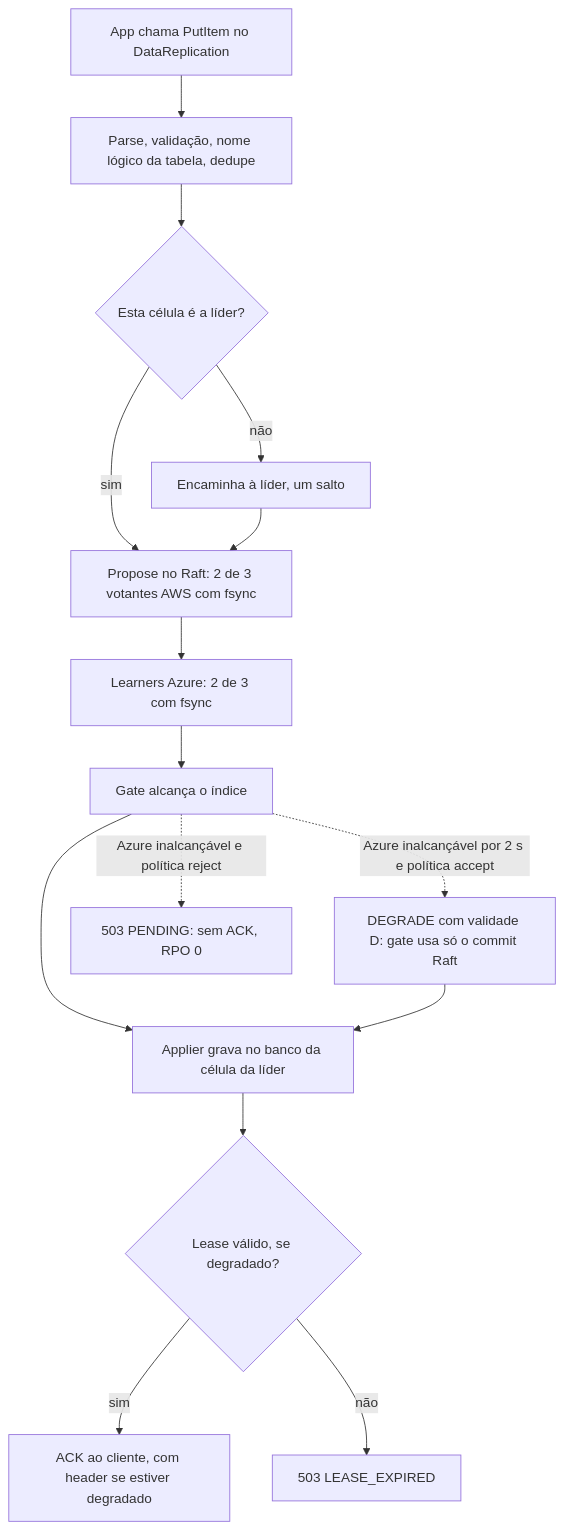
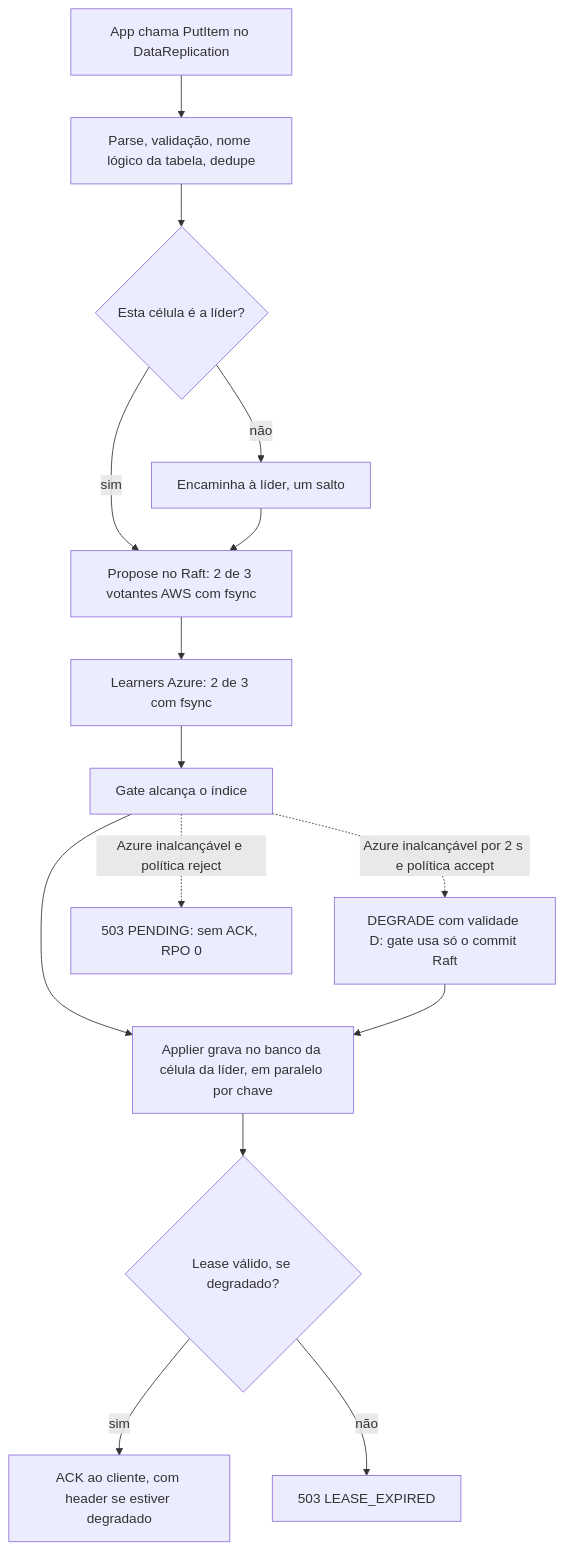
Before and after one commit to brbarmex/k: the second of 3 diagrams in doc/DataReplication_Versao_1.md, drawn with Mermaid. The commit also changed other lines of this file and 124 other files, not shown here.

````diff
--- a/doc/DataReplication_Versao_1.md
+++ b/doc/DataReplication_Versao_1.md
@@ -258,17 +260,17 @@
 ```mermaid
 flowchart TD
     A["App chama PutItem no DataReplication"] --> B["Parse, validação, nome lógico da tabela, dedupe"]
     B --> C{"Esta célula é a líder?"}
     C -->|"não"| D["Encaminha à líder, um salto"]
     C -->|"sim"| E["Propose no Raft: 2 de 3 votantes AWS com fsync"]
     D --> E
     E --> F["Learners Azure: 2 de 3 com fsync"]
     F --> G["Gate alcança o índice"]
-    G --> H["Applier grava no banco da célula da líder"]
+    G --> H["Applier grava no banco da célula da líder, em paralelo por chave"]
     H --> L{"Lease válido, se degradado?"}
     L -->|"sim"| I["ACK ao cliente, com header se estiver degradado"]
     L -->|"não"| M["503 LEASE_EXPIRED"]
     G -.->|"Azure inalcançável por 2 s e política accept"| J["DEGRADE com validade D: gate usa só o commit Raft"]
     G -.->|"Azure inalcançável e política reject"| K["503 PENDING: sem ACK, RPO 0"]
     J --> H
 ```
````
